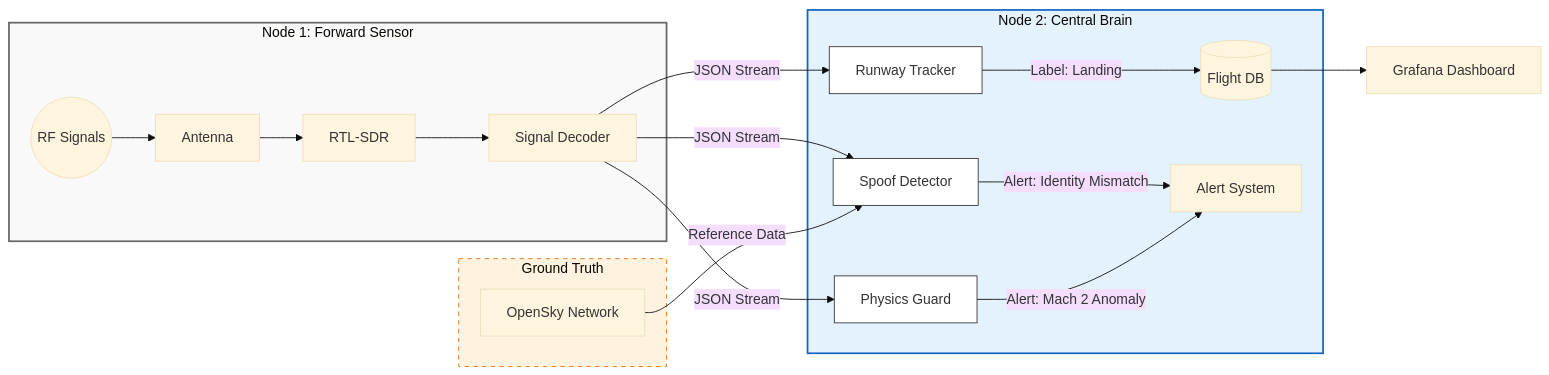
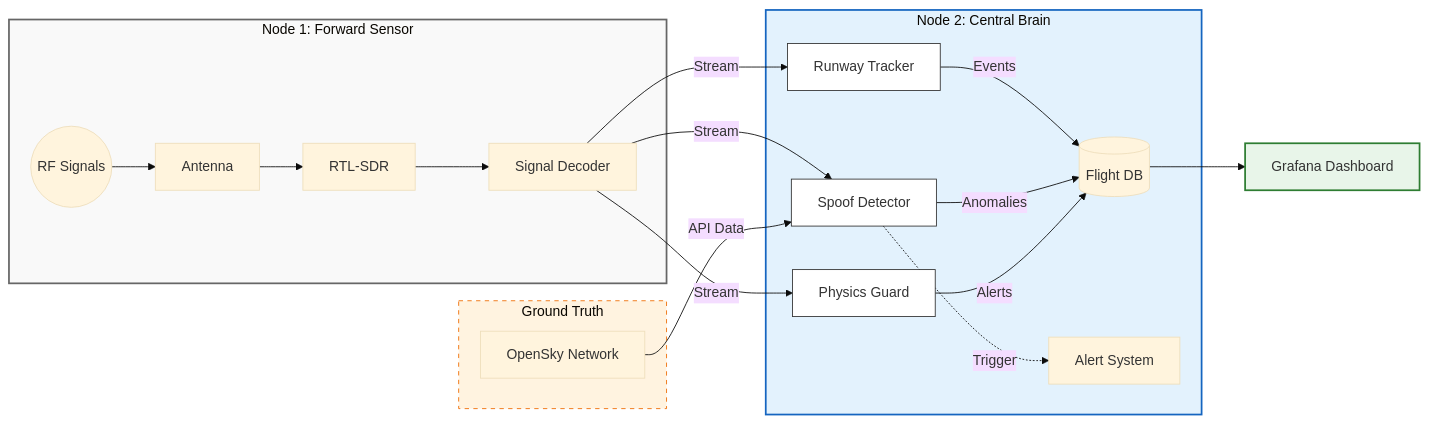
Before and after one commit to rwiren/central-brain: the diagram in README.md, drawn with Mermaid (base theme). The commit also changed other lines of this file, not shown here.

Commit message:
Docs: Added Runway Logic explanation and updated diagram flow

````diff
--- a/README.md
+++ b/README.md
@@ -35,37 +35,40 @@
 ```mermaid
 graph LR
     %% 1. Sensing Layer (RPi 4)
     subgraph SENSOR [Node 1: Forward Sensor]
         AIR((RF Signals)) --> ANT[Antenna]
         ANT --> SDR[RTL-SDR]
         SDR --> READSB[Signal Decoder]
     end
 
     %% 2. Intelligence Layer (RPi 5)
     subgraph BRAIN [Node 2: Central Brain]
-        READSB -->|JSON Stream| TRACKER[Runway Tracker]
-        READSB -->|JSON Stream| SPOOF[Spoof Detector]
-        READSB -->|JSON Stream| GUARD[Physics Guard]
+        READSB -->|Stream| TRACKER[Runway Tracker]
+        READSB -->|Stream| SPOOF[Spoof Detector]
+        READSB -->|Stream| GUARD[Physics Guard]
         
-        TRACKER -->|Label: Landing| DB[(Flight DB)]
-        SPOOF -->|Alert: Identity Mismatch| ALERT[Alert System]
-        GUARD -->|Alert: Mach 2 Anomaly| ALERT
+        TRACKER -->|Events| DB[(Flight DB)]
+        SPOOF -->|Anomalies| DB
+        GUARD -->|Alerts| DB
+        
+        SPOOF -.->|Trigger| ALERT[Alert System]
     end
 
     %% 3. Validation Layer (Cloud)
     subgraph CLOUD [Ground Truth]
         OPENSKY[OpenSky Network]
     end
 
-    %% 4. Data Connections
-    OPENSKY -->|Reference Data| SPOOF
+    %% 4. Viz Layer
+    OPENSKY -->|API Data| SPOOF
     DB --> DASH[Grafana Dashboard]
 
     %% Styling
     style SENSOR fill:#f9f9f9,stroke:#666,stroke-width:2px
     style BRAIN fill:#e3f2fd,stroke:#1565c0,stroke-width:2px
     style CLOUD fill:#fff3e0,stroke:#ef6c00,stroke-dasharray: 5 5
+    style DASH fill:#e8f5e9,stroke:#2e7d32,stroke-width:2px
     style TRACKER fill:#fff,stroke:#333
     style SPOOF fill:#fff,stroke:#333
     style GUARD fill:#fff,stroke:#333
 ```
````
